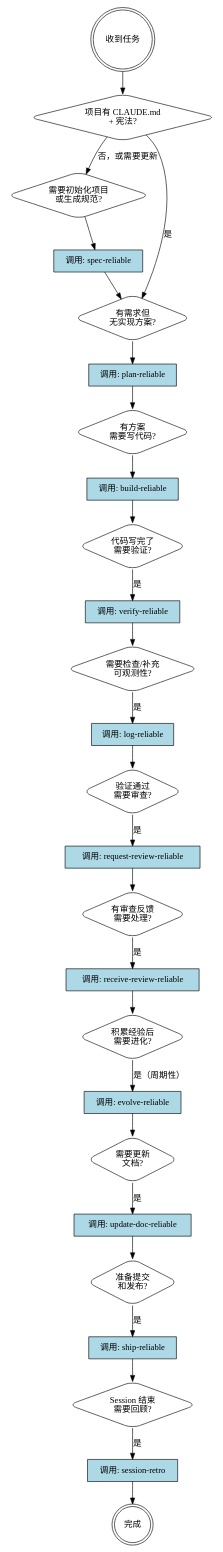
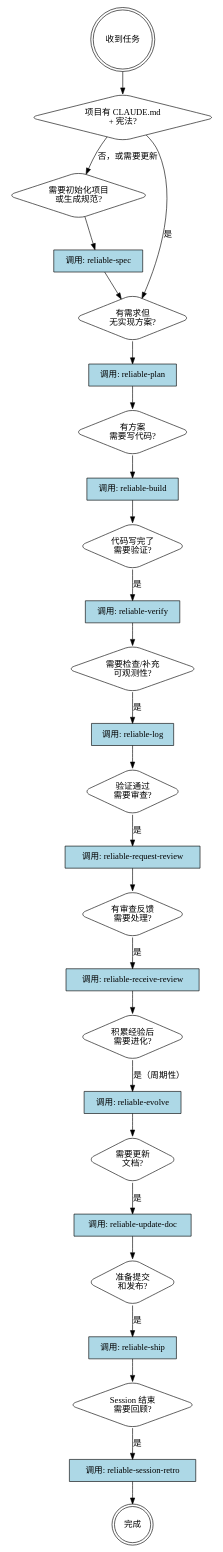
The diagram in skills/using-reliable-agent/SKILL.md (sueichen/reliable-agent), drawn with Graphviz before and after one commit. The commit also changed other lines of this file and 49 other files, not shown here.

````diff
--- a/skills/using-reliable-agent/SKILL.md
+++ b/skills/using-reliable-agent/SKILL.md
@@ -105,72 +105,72 @@
 ```dot
 digraph skill_flow {
     rankdir=TB;
     node [shape=box, style=rounded];
 
     start [label="收到任务", shape=doublecircle];
     
     has_claude_md [label="项目有 CLAUDE.md\n+ 宪法?", shape=diamond];
     need_spec [label="需要初始化项目\n或生成规范?", shape=diamond];
     need_plan [label="有需求但\n无实现方案?", shape=diamond];
     need_build [label="有方案\n需要写代码?", shape=diamond];
     need_verify [label="代码写完了\n需要验证?", shape=diamond];
     need_log [label="需要检查/补充\n可观测性?", shape=diamond];
     need_review [label="验证通过\n需要审查?", shape=diamond];
     has_review [label="有审查反馈\n需要处理?", shape=diamond];
     need_evolve [label="积累经验后\n需要进化?", shape=diamond];
     need_doc [label="需要更新\n文档?", shape=diamond];
     need_ship [label="准备提交\n和发布?", shape=diamond];
     need_retro [label="Session 结束\n需要回顾?", shape=diamond];
 
-    spec_call [label="调用: spec-reliable", shape=box style=filled fillcolor=lightblue];
-    plan_call [label="调用: plan-reliable", shape=box style=filled fillcolor=lightblue];
-    build_call [label="调用: build-reliable", shape=box style=filled fillcolor=lightblue];
-    verify_call [label="调用: verify-reliable", shape=box style=filled fillcolor=lightblue];
-    log_call [label="调用: log-reliable", shape=box style=filled fillcolor=lightblue];
-    review_call [label="调用: request-review-reliable", shape=box style=filled fillcolor=lightblue];
-    receive_call [label="调用: receive-review-reliable", shape=box style=filled fillcolor=lightblue];
-    evolve_call [label="调用: evolve-reliable", shape=box style=filled fillcolor=lightblue];
-    doc_call [label="调用: update-doc-reliable", shape=box style=filled fillcolor=lightblue];
-    ship_call [label="调用: ship-reliable", shape=box style=filled fillcolor=lightblue];
-    retro_call [label="调用: session-retro", shape=box style=filled fillcolor=lightblue];
+    spec_call [label="调用: reliable-spec", shape=box style=filled fillcolor=lightblue];
+    plan_call [label="调用: reliable-plan", shape=box style=filled fillcolor=lightblue];
+    build_call [label="调用: reliable-build", shape=box style=filled fillcolor=lightblue];
+    verify_call [label="调用: reliable-verify", shape=box style=filled fillcolor=lightblue];
+    log_call [label="调用: reliable-log", shape=box style=filled fillcolor=lightblue];
+    review_call [label="调用: reliable-request-review", shape=box style=filled fillcolor=lightblue];
+    receive_call [label="调用: reliable-receive-review", shape=box style=filled fillcolor=lightblue];
+    evolve_call [label="调用: reliable-evolve", shape=box style=filled fillcolor=lightblue];
+    doc_call [label="调用: reliable-update-doc", shape=box style=filled fillcolor=lightblue];
+    ship_call [label="调用: reliable-ship", shape=box style=filled fillcolor=lightblue];
+    retro_call [label="调用: reliable-session-retro", shape=box style=filled fillcolor=lightblue];
 
     done [label="完成", shape=doublecircle];
 
     start -> has_claude_md;
     has_claude_md -> need_spec [label="否，或需要更新"];
     has_claude_md -> need_plan [label="是"];
     
     need_spec -> spec_call;
     spec_call -> need_plan;
     
     need_plan -> plan_call;
     plan_call -> need_build;
     
     need_build -> build_call;
     build_call -> need_verify;
     
     need_verify -> verify_call [label="是"];
     verify_call -> need_log;
     
     need_log -> log_call [label="是"];
     log_call -> need_review;
     
     need_review -> review_call [label="是"];
     review_call -> has_review;
     
     has_review -> receive_call [label="是"];
     receive_call -> need_evolve;
     
     need_evolve -> evolve_call [label="是（周期性）"];
     evolve_call -> need_doc;
     
     need_doc -> doc_call [label="是"];
     doc_call -> need_ship;
     
     need_ship -> ship_call [label="是"];
     ship_call -> need_retro;
     
     need_retro -> retro_call [label="是"];
     retro_call -> done;
 }
 ```
````
